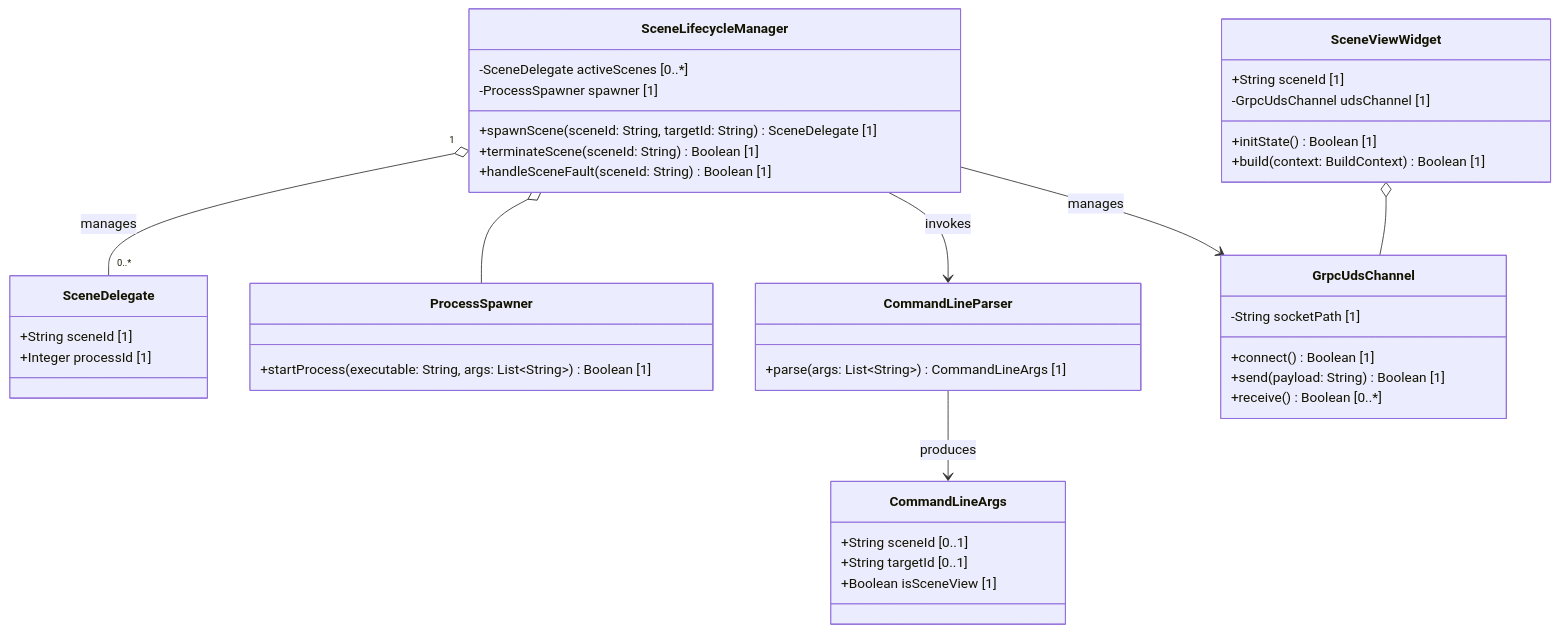
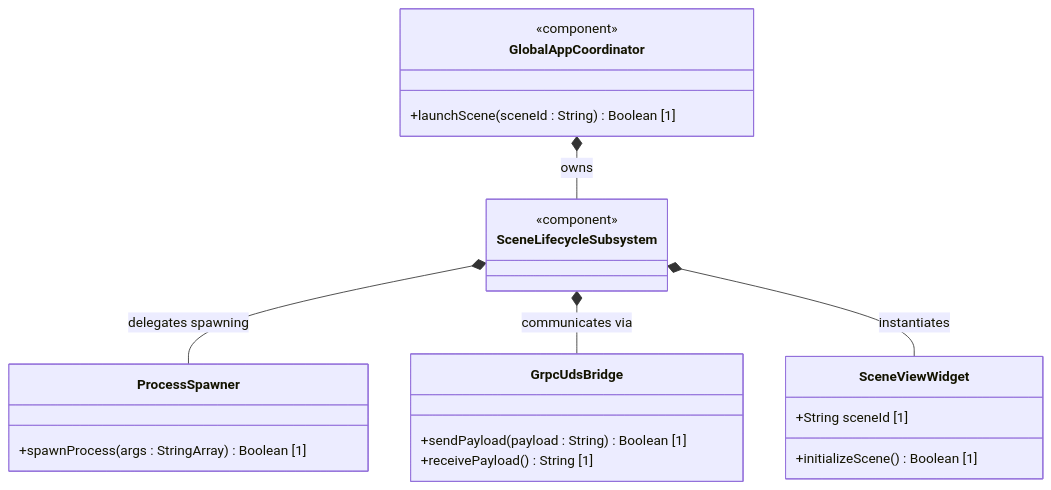
The second of 3 diagrams in docs/epics/epic-02-scene-lifecycle.md (gintatkinson/3dgs-phoenix), drawn with Mermaid before and after one commit. The commit also changed other lines of this file and 9 other files, not shown here.

````diff
--- a/docs/epics/epic-02-scene-lifecycle.md
+++ b/docs/epics/epic-02-scene-lifecycle.md
@@ -208,50 +43,26 @@
 ```mermaid
 classDiagram
-    class SceneLifecycleManager {
-        -SceneDelegate activeScenes [0..*]
-        -ProcessSpawner spawner [1]
-        +spawnScene(sceneId: String, targetId: String) SceneDelegate [1]
-        +terminateScene(sceneId: String) Boolean [1]
-        +handleSceneFault(sceneId: String) Boolean [1]
+    class GlobalAppCoordinator {
+        <<component>>
+        +launchScene(sceneId : String) Boolean [1]
+    }
+    class SceneLifecycleSubsystem {
+        <<component>>
+    }
+    class ProcessSpawner {
+        +spawnProcess(args : StringArray) Boolean [1]
+    }
+    class GrpcUdsBridge {
+        +sendPayload(payload : String) Boolean [1]
+        +receivePayload() String [1]
+    }
+    class SceneViewWidget {
+        +String sceneId [1]
+        +initializeScene() Boolean [1]
     }
 
-    class SceneDelegate {
-        +String sceneId [1]
-        +Integer processId [1]
-    }
-
-    class ProcessSpawner {
-        +startProcess(executable: String, args: List~String~) Boolean [1]
-    }
-
-    class CommandLineParser {
-        +parse(args: List~String~) CommandLineArgs [1]
-    }
-
-    class CommandLineArgs {
-        +String sceneId [0..1]
-        +String targetId [0..1]
-        +Boolean isSceneView [1]
-    }
-
-    class SceneViewWidget {
-        +String sceneId [1]
-        -GrpcUdsChannel udsChannel [1]
-        +initState() Boolean [1]
-        +build(context: BuildContext) Boolean [1]
-    }
-
-    class GrpcUdsChannel {
-        -String socketPath [1]
-        +connect() Boolean [1]
-        +send(payload: String) Boolean [1]
-        +receive() Boolean [0..*]
-    }
-
-    SceneLifecycleManager o-- ProcessSpawner
-    SceneLifecycleManager "1" o-- "0..*" SceneDelegate : manages
-    SceneLifecycleManager --> CommandLineParser : invokes
-    SceneLifecycleManager --> GrpcUdsChannel : manages
-    CommandLineParser --> CommandLineArgs : produces
-    SceneViewWidget o-- GrpcUdsChannel
+    GlobalAppCoordinator *-- SceneLifecycleSubsystem : owns
+    SceneLifecycleSubsystem *-- ProcessSpawner : delegates spawning
+    SceneLifecycleSubsystem *-- GrpcUdsBridge : communicates via
+    SceneLifecycleSubsystem *-- SceneViewWidget : instantiates
 ```
````
